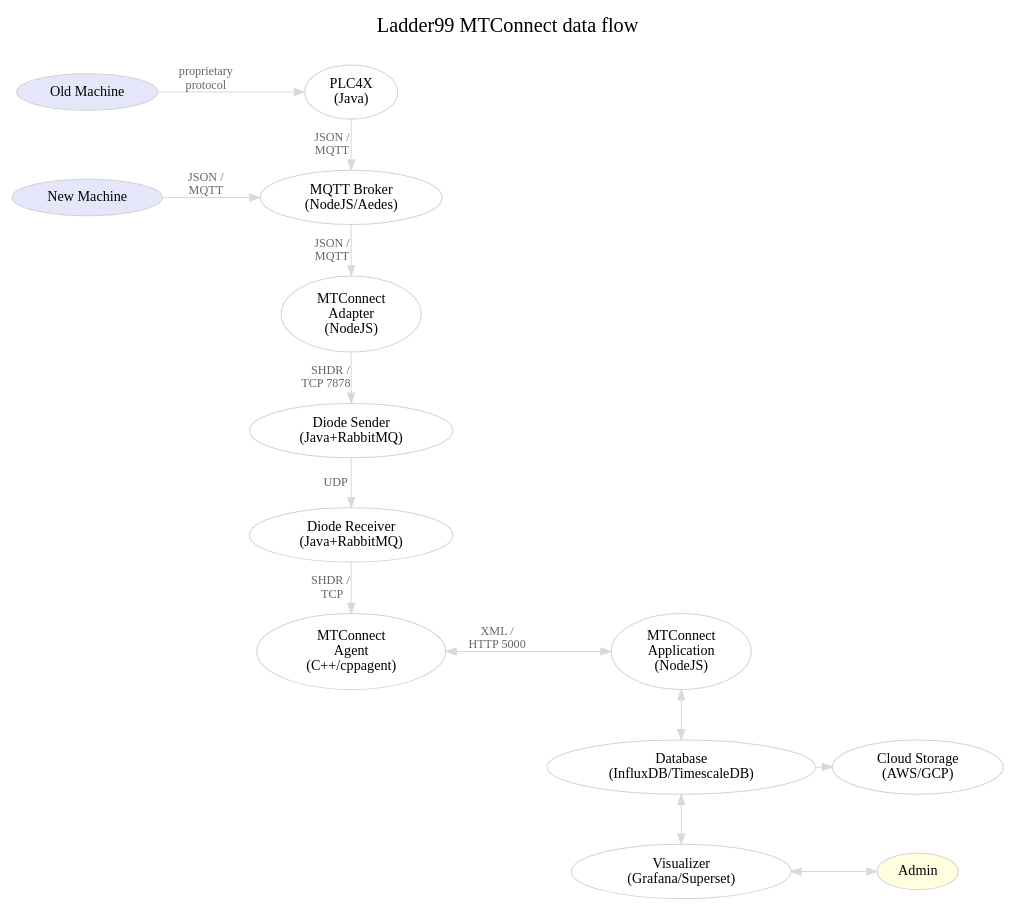
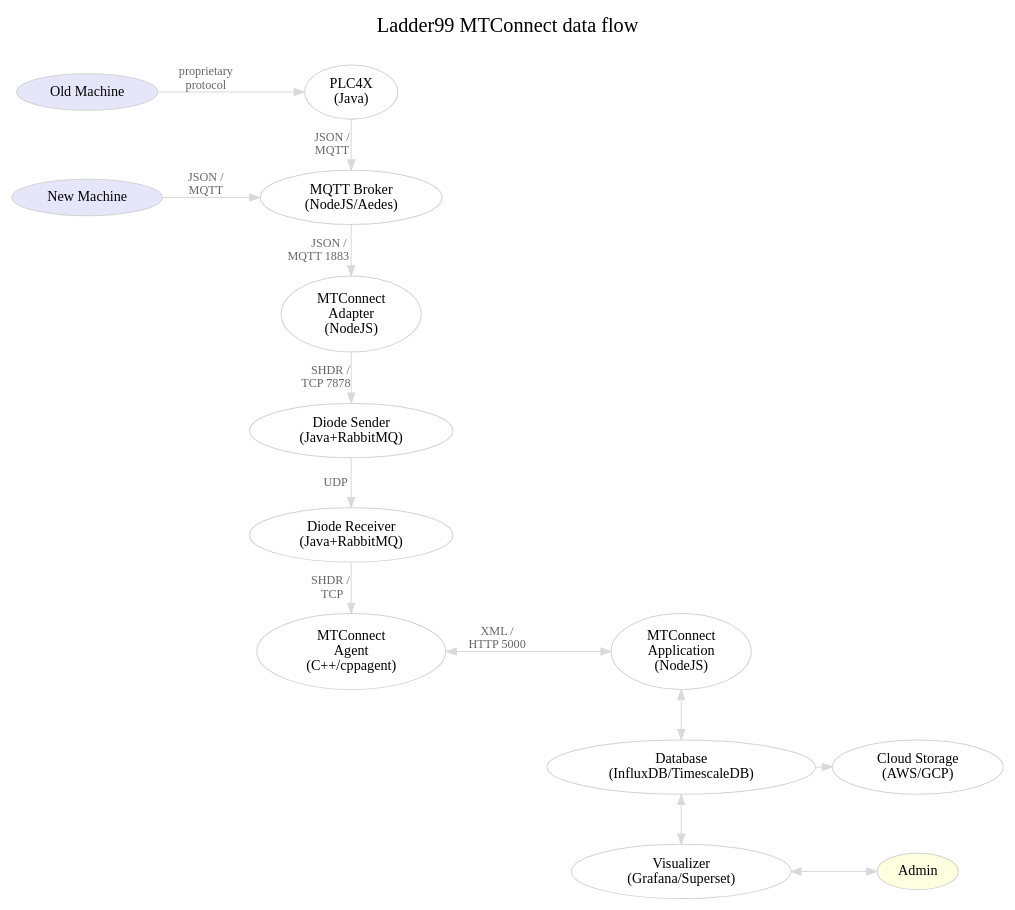
One commit to Ladder99/ladder99 changed the diagram in docs/architecture.dot. Above: the diagram before and after it, drawn with Graphviz. The commit also changed 4 other files, not shown here.

```diff
--- a/docs/architecture.dot
+++ b/docs/architecture.dot
@@ -1,81 +1,81 @@
 digraph "ladder99-adapter" {
 
   // styles
   graph [ label="Ladder99 MTConnect data flow\n "; color=lightgray; ];
   graph [ fontsize=20 ];
   graph [ labelloc=t ];
   graph [ ranksep=0.2 ];
   graph [ nodesep=0.35 ];
   graph [ rankdir=LR; ] // left-to-right
   node [ color=lightgray; fillcolor=white; style=filled ];
   edge [ color=gray85 ];
   edge [ fontsize=12; fontcolor=gray40; ];
 
   // nodes
   OldMachine [ fillcolor=lavender; label="Old Machine" ];
   NewMachine [ fillcolor=lavender; label="New Machine" ];
   PLC4X [ label="PLC4X\n(Java)" ];
   Broker [ label="MQTT Broker\n(NodeJS/Aedes)" ];
   Adapter [ fillcolor=white; label="MTConnect\nAdapter\n(NodeJS)" ];
   DiodeSender [ label="Diode Sender\n(Java+RabbitMQ)" ];
   DiodeReceiver [ label="Diode Receiver\n(Java+RabbitMQ)" ];
   Agent [ fillcolor=white; label="MTConnect\nAgent\n(C++/cppagent)" ];
   Application [ fillcolor=white; label="MTConnect\nApplication\n(NodeJS)" ];
   Database [ label="Database\n(InfluxDB/TimescaleDB)" ];
   Visualizer [ label="Visualizer\n(Grafana/Superset)" ];
   Cloud [ label="Cloud Storage\n(AWS/GCP)" ];
   Admin [ fillcolor=lightyellow ];
   // LOI [ label="LOI\n(SvelteJS)" ];
   // Operator [ fillcolor=lightyellow ];
 
   // edges
   OldMachine -> PLC4X [ label="proprietary\nprotocol" ];
   NewMachine -> Broker [ label="JSON / \nMQTT" ];
   PLC4X -> Broker [ label="JSON /  \nMQTT  " ];
-  Broker -> Adapter [ label="JSON /  \nMQTT  " ];
+  Broker -> Adapter [ label="JSON /    \nMQTT 1883           " ];
   Adapter -> DiodeSender [ label="SHDR /   \nTCP 7878      " ];
   DiodeSender -> DiodeReceiver [ label="UDP    " ];
   DiodeReceiver -> Agent [ label="SHDR /   \nTCP  " ];
   Agent -> Application [ dir=both; label="XML /  \nHTTP 5000  " ];
   Application -> Database [ dir=both ];
   Database -> Visualizer [ dir=both ];
   Database -> Cloud;
   Visualizer -> Admin [ dir=both ];
   // Application -> LOI;
   // LOI -> Operator;
 
   // rank
   { rank=same; OldMachine NewMachine };
   // { rank=same; PLC4X Broker };
   { rank=same; PLC4X Broker Adapter DiodeSender DiodeReceiver Agent };
   // { rank=same; Operator Admin Cloud };
   // { rank=same; Admin Cloud };
   { rank=same; Application Database Visualizer };
 
   // subgraphs
   // subgraph cluster1a {
   //   graph [ label="New Machine" ];
   //   NewMachine;
   // }
   // subgraph cluster1b {
   //   graph [ label="Old Machine" ];
   //   OldMachine;
   // }
   // subgraph cluster2 {
   //   graph [ label="Raspberry Pi 1" ];
   //   PLC4X;
   //   Broker;
   //   Adapter;
   //   Diode;
   //   Agent;
   //   // { rank=same; Diode Agent };
   // }
   // subgraph cluster4 {
   //   graph [ label="Raspberry Pi 2" ];
   //   Application;
   //   Database;
   //   Visualizer;
   //   // LOI;
   //   // { rank=same; Application Database Visualizer };
   // }
 }
```
